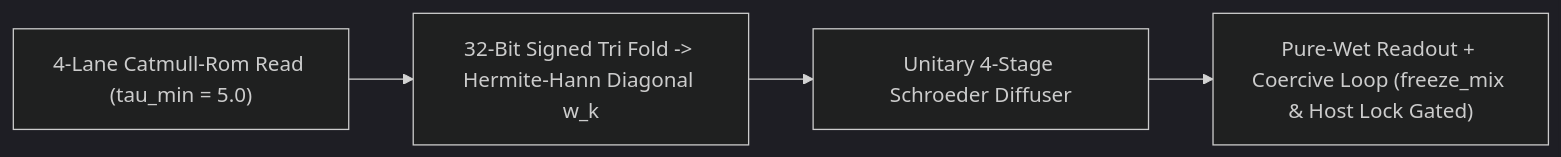
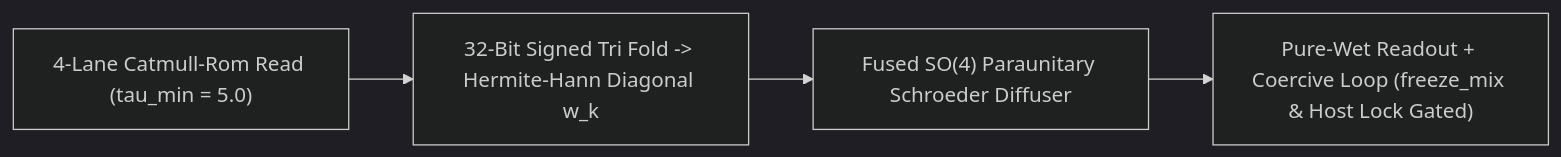
One commit to mokugen/dnam changed the diagram in docs/specs/dsp/op_t_transport.md. Above: the diagram before and after it, drawn with Mermaid (dark theme). The commit also changed other lines of this file and 11 other files, not shown here.

````diff
--- a/docs/specs/dsp/op_t_transport.md
+++ b/docs/specs/dsp/op_t_transport.md
@@ -345,6 +354,6 @@
 ```mermaid
 flowchart LR
     Read["4-Lane Catmull-Rom Read (tau_min = 5.0)"] --> Fold["32-Bit Signed Tri Fold -> Hermite-Hann Diagonal w_k"]
-    Fold --> Sch["Unitary 4-Stage Schroeder Diffuser"]
+    Fold --> Sch["Fused SO(4) Paraunitary Schroeder Diffuser"]
     Sch --> Out["Pure-Wet Readout + Coercive Loop (freeze_mix & Host Lock Gated)"]
 ```
````
